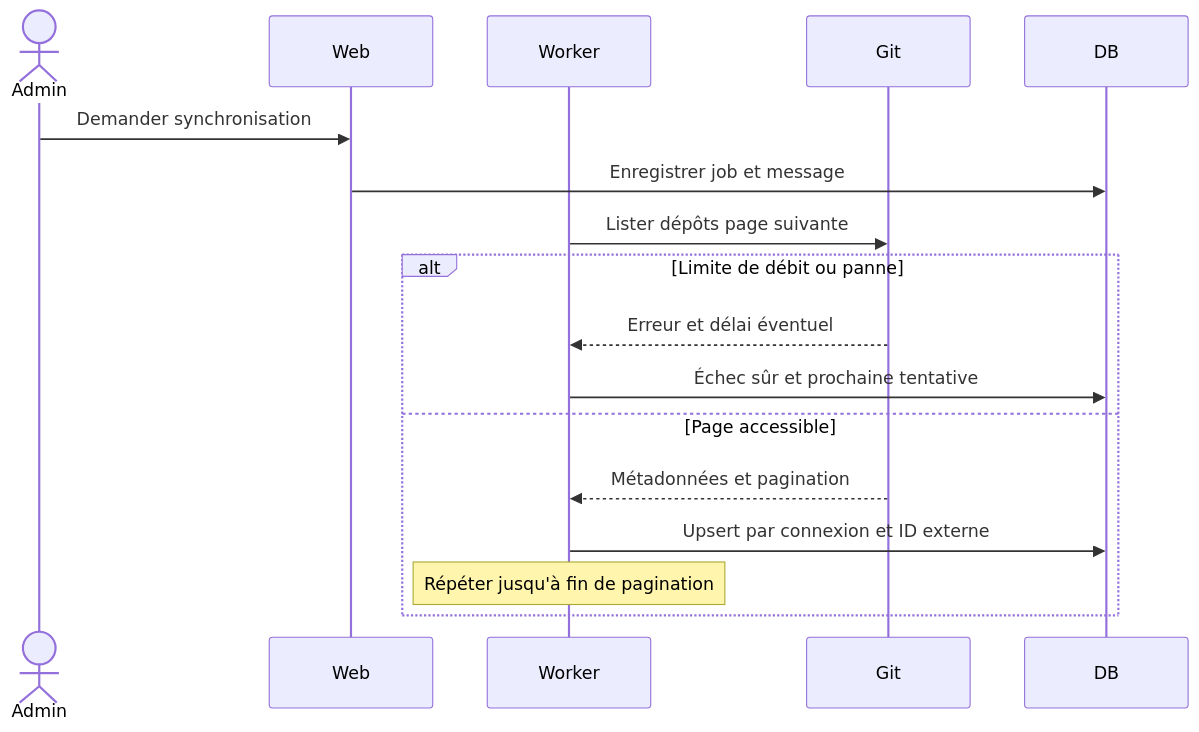
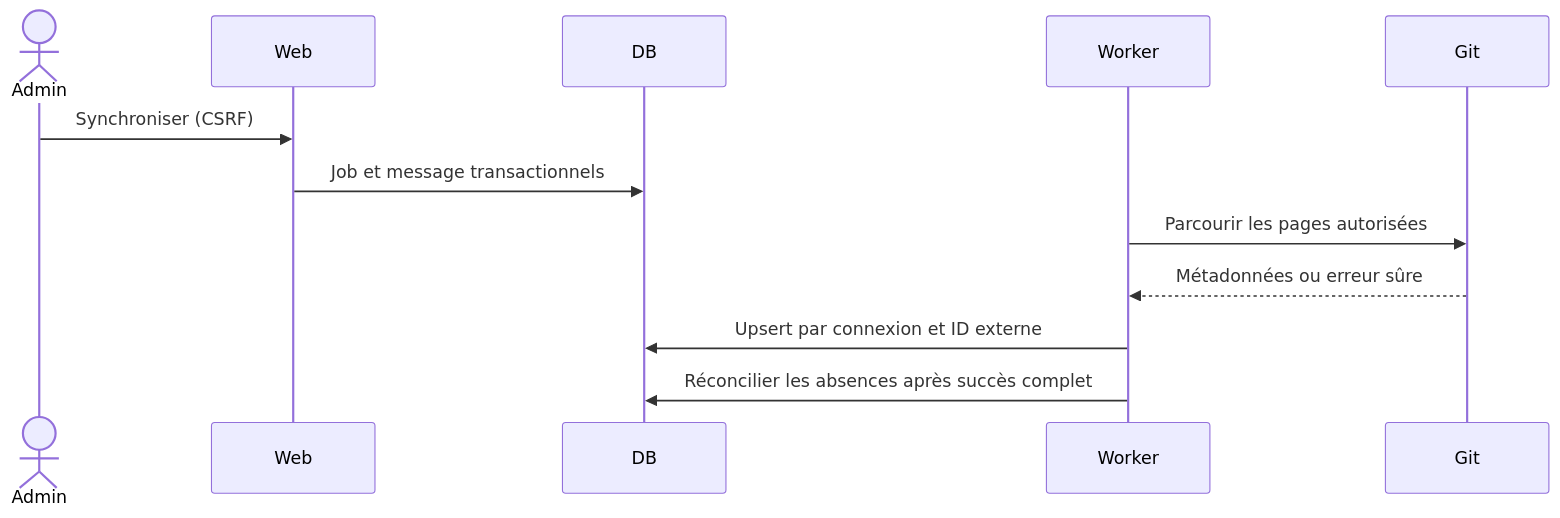
One commit to ExodiaLabs/ExoPulse changed the diagram in docs/providers.md. Above: the diagram before and after it, drawn with Mermaid. The commit also changed other lines of this file and 13 other files, not shown here.

Commit message:
:memo: document the functional application and delivery sequence

````diff
--- a/docs/providers.md
+++ b/docs/providers.md
@@ -13,19 +19,14 @@
 ```mermaid
 sequenceDiagram
     actor Admin
     participant Web
+    participant DB
     participant Worker
     participant Git
-    participant DB
-    Admin->>Web: Demander synchronisation
-    Web->>DB: Enregistrer job et message
-    Worker->>Git: Lister dépôts page suivante
-    alt Limite de débit ou panne
-        Git-->>Worker: Erreur et délai éventuel
-        Worker->>DB: Échec sûr et prochaine tentative
-    else Page accessible
-        Git-->>Worker: Métadonnées et pagination
-        Worker->>DB: Upsert par connexion et ID externe
-        Note over Worker: Répéter jusqu'à fin de pagination
-    end
+    Admin->>Web: Synchroniser (CSRF)
+    Web->>DB: Job et message transactionnels
+    Worker->>Git: Parcourir les pages autorisées
+    Git-->>Worker: Métadonnées ou erreur sûre
+    Worker->>DB: Upsert par connexion et ID externe
+    Worker->>DB: Réconcilier les absences après succès complet
 ```
````
